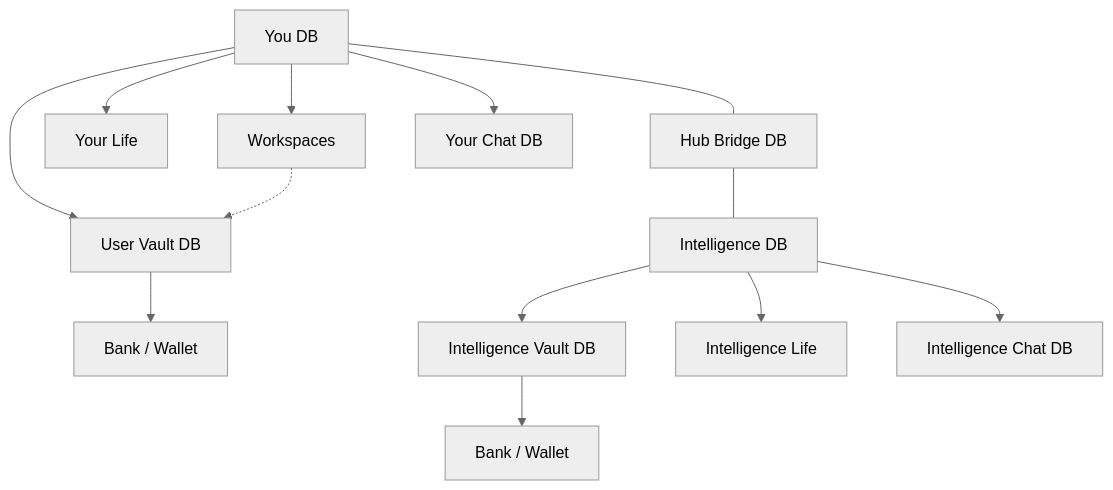
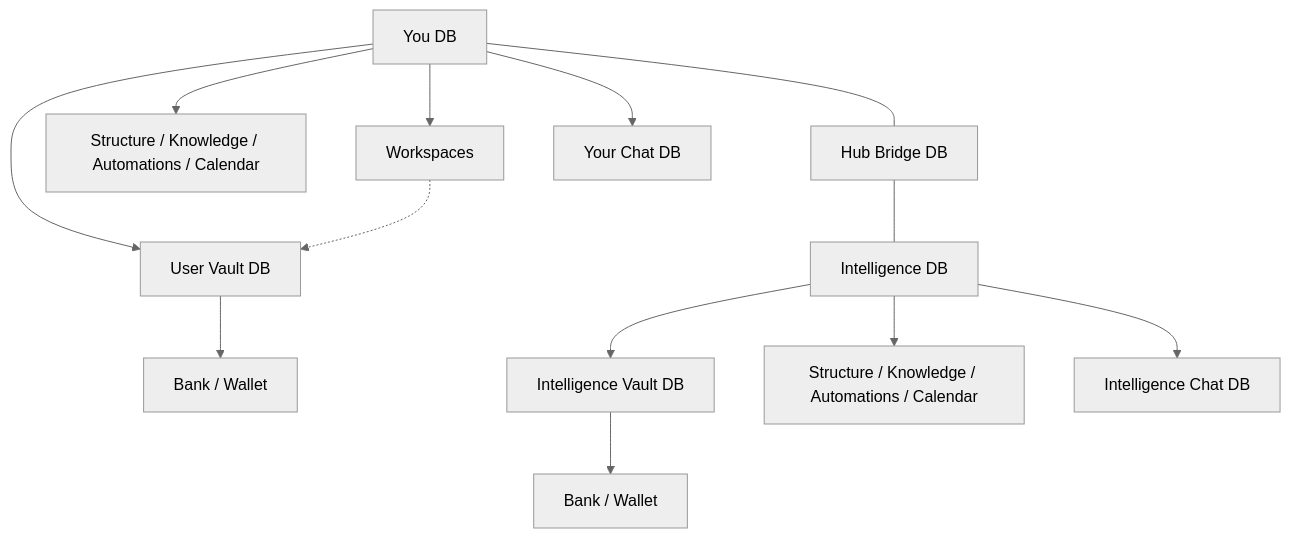
The diagram in docs/SQLITE_UNIVERSE.md (ReBoticsAI/GodMode), drawn with Mermaid (neutral theme) before and after one commit. The commit also changed other lines of this file and 117 other files, not shown here.

First line of the commit message:
WIP: Graph chrome windows, Admin Inference supply, and Hub Wiki.

````diff
--- a/docs/SQLITE_UNIVERSE.md
+++ b/docs/SQLITE_UNIVERSE.md
@@ -9,28 +9,28 @@
 ```mermaid
 flowchart TB
   YouNode["You DB"]
   UserVault["User Vault DB"]
   UserBank["Bank / Wallet"]
   Workspaces["Workspaces"]
-  UserLife["Your Life"]
+  UserSurfaces["Structure / Knowledge / Automations / Calendar"]
   Intel["Intelligence DB"]
   IntelVault["Intelligence Vault DB"]
   IntelBank["Bank / Wallet"]
-  IntelLife["Intelligence Life"]
+  IntelSurfaces["Structure / Knowledge / Automations / Calendar"]
   HubNode["Hub Bridge DB"]
   UserChat["Your Chat DB"]
   IntelChat["Intelligence Chat DB"]
 
   YouNode --- HubNode
   HubNode --- Intel
   YouNode --> UserVault
   UserVault --> UserBank
   YouNode --> Workspaces
   Workspaces -.-> UserVault
-  YouNode --> UserLife
+  YouNode --> UserSurfaces
   YouNode --> UserChat
   Intel --> IntelVault
   IntelVault --> IntelBank
-  Intel --> IntelLife
+  Intel --> IntelSurfaces
   Intel --> IntelChat
 ```
````
